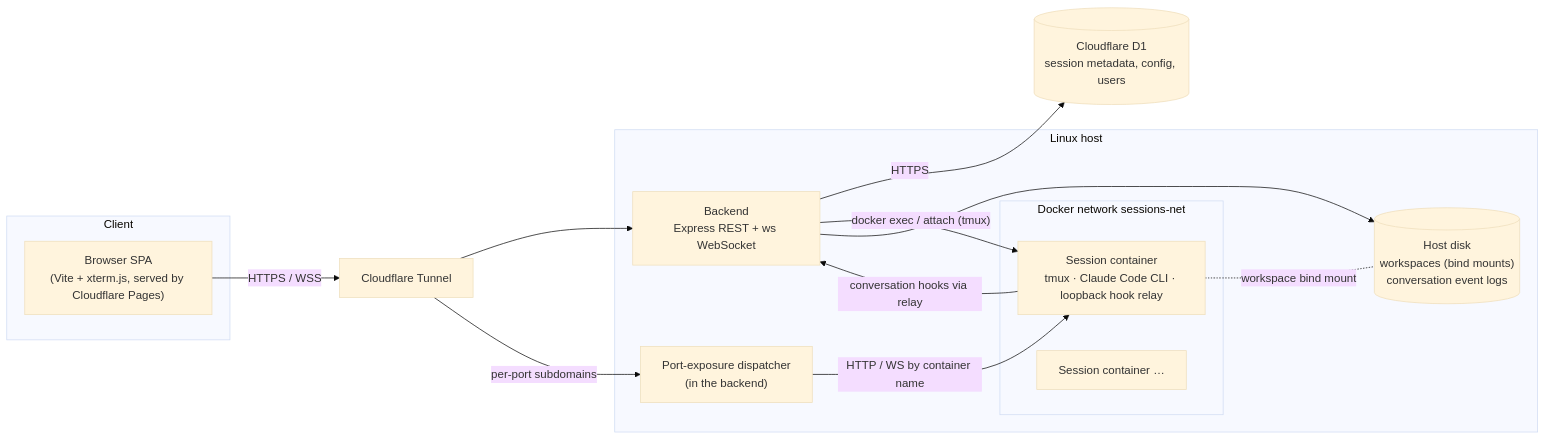
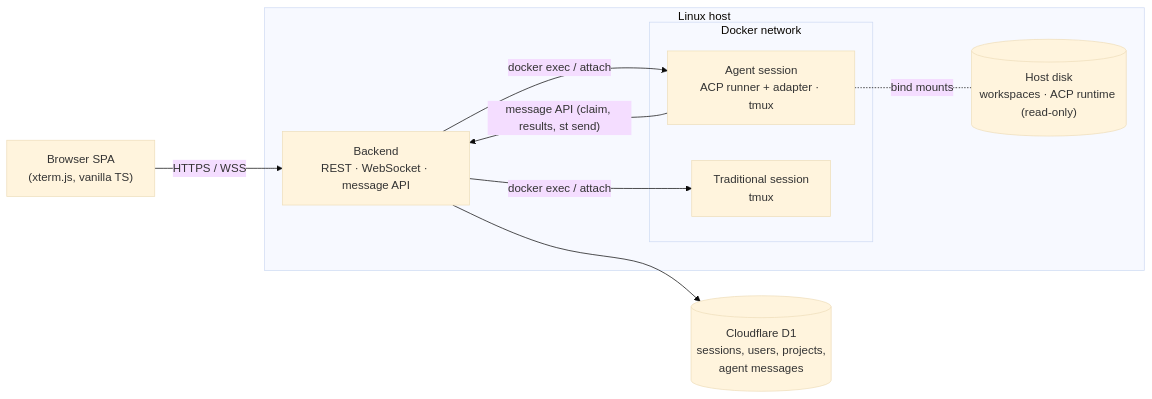
One commit to gatof81/shared-terminal changed the diagram in README.md. Above: the diagram before and after it, drawn with Mermaid (base theme). The commit also changed other lines of this file and 8 other files, not shown here.

First line of the commit message:
docs: README and docs for the ACP direction — ACP agents, Project Chat, API/deploy/security aligned with R9 (#675)

````diff
--- a/README.md
+++ b/README.md
@@ -111,26 +109,18 @@
 ```mermaid
 flowchart LR
-  subgraph Client
-    B["Browser SPA<br/>(Vite + xterm.js, served by Cloudflare Pages)"]
-  end
-  T["Cloudflare Tunnel"]
-  D1[("Cloudflare D1<br/>session metadata, config, users")]
+  B["Browser SPA<br/>(xterm.js, vanilla TS)"] -- "HTTPS / WSS" --> BE
   subgraph Host["Linux host"]
-    BE["Backend<br/>Express REST + ws WebSocket"]
-    PD["Port-exposure dispatcher<br/>(in the backend)"]
-    FS[("Host disk<br/>workspaces (bind mounts)<br/>conversation event logs")]
-    subgraph NET["Docker network sessions-net"]
-      C1["Session container<br/>tmux · Claude Code CLI · loopback hook relay"]
-      C2["Session container …"]
+    BE["Backend<br/>REST · WebSocket · message API"]
+    FS[("Host disk<br/>workspaces · ACP runtime (read-only)")]
+    subgraph NET["Docker network"]
+      C1["Agent session<br/>ACP runner + adapter · tmux"]
+      C2["Traditional session<br/>tmux"]
     end
   end
-  B -- "HTTPS / WSS" --> T
-  T --> BE
-  T -- "per-port subdomains" --> PD
-  BE -- "HTTPS" --> D1
-  BE -- "docker exec / attach (tmux)" --> C1
-  PD -- "HTTP / WS by container name" --> C1
-  C1 -- "conversation hooks via relay" --> BE
-  BE --> FS
-  C1 -. "workspace bind mount" .- FS
+  D1[("Cloudflare D1<br/>sessions, users, projects,<br/>agent messages")]
+  BE -- "docker exec / attach" --> C1
+  BE -- "docker exec / attach" --> C2
+  C1 -- "message API (claim, results, st send)" --> BE
+  BE --> D1
+  C1 -. "bind mounts" .- FS
 ```
````
